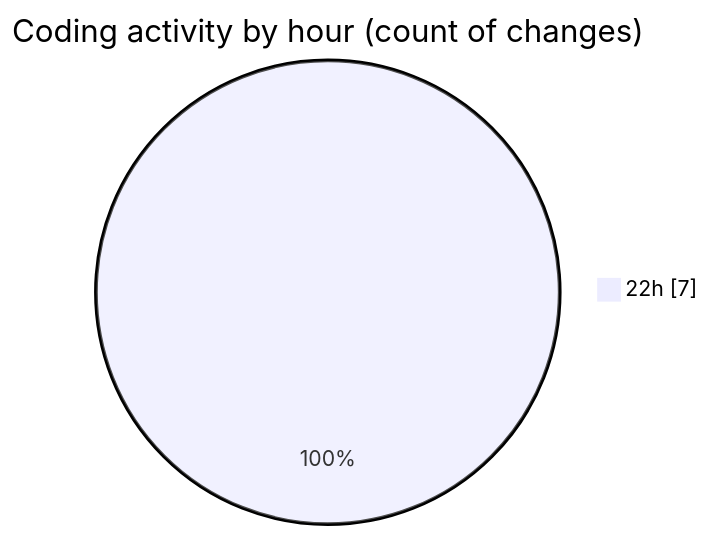
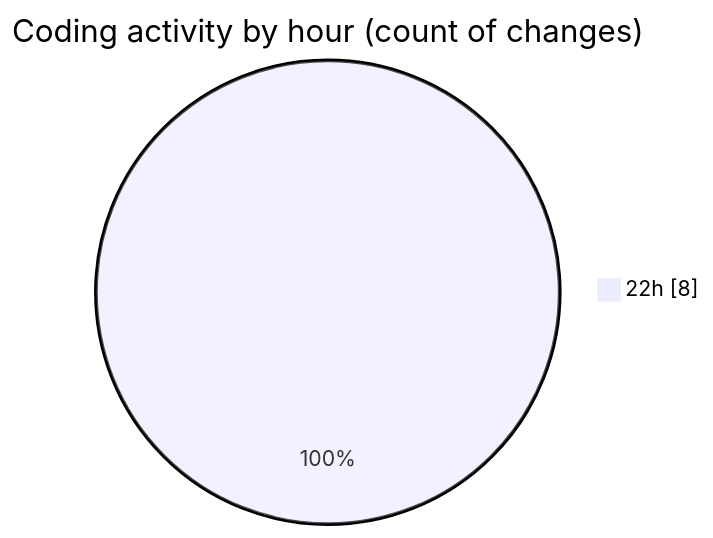
One commit to charlie-sans/code-tracking changed the second of 2 diagrams in 2025-02-18/masm/README.md. Above: the diagram before and after it, drawn with Mermaid. The commit also changed other lines of this file and 1 other file, not shown here.

````diff
--- a/2025-02-18/masm/README.md
+++ b/2025-02-18/masm/README.md
@@ -31,5 +32,5 @@
 ```mermaid
 pie showData
 title Coding activity by hour (count of changes)
-"22h" : 7
+"22h" : 8
 ```
````
